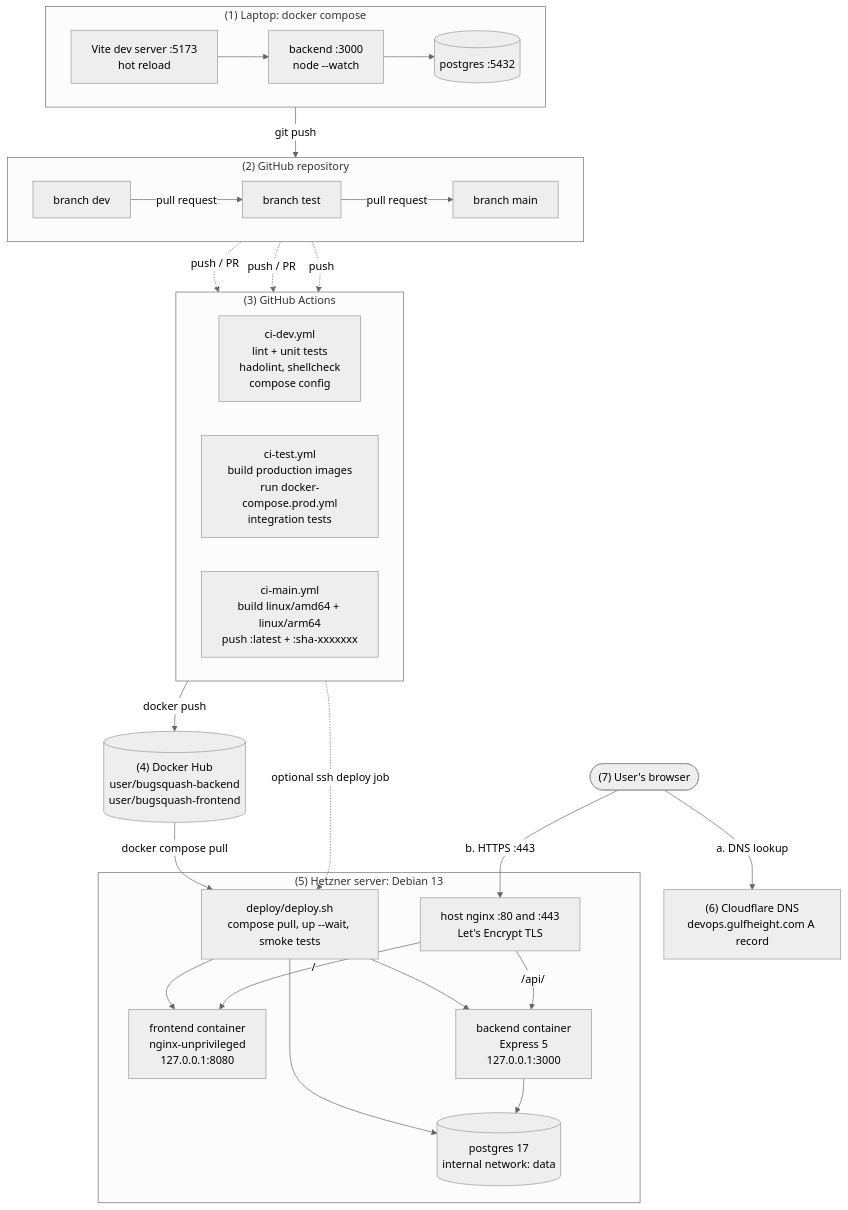
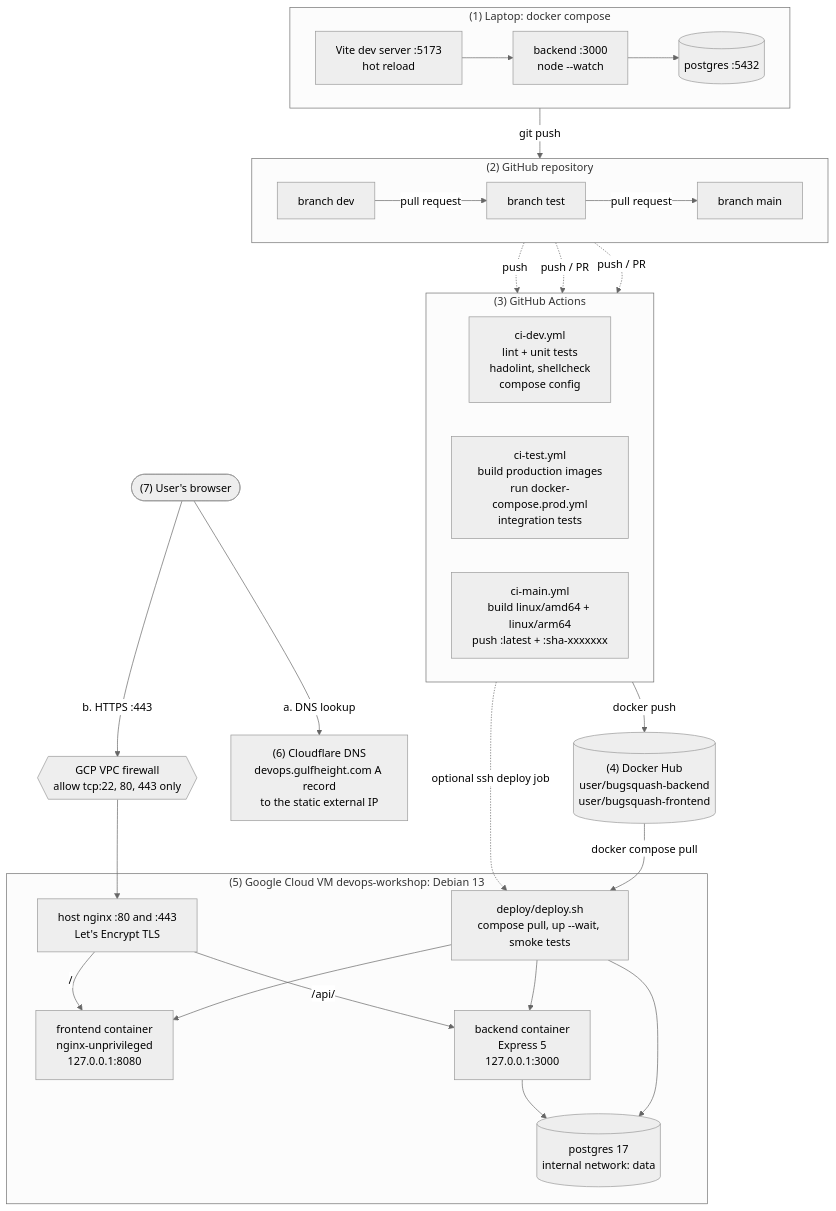
One commit to Ahmet-Kaplan/DevOps_course changed the first of 3 diagrams in README.md. Above: the diagram before and after it, drawn with Mermaid (neutral theme). The commit also changed other lines of this file and 1 other file, not shown here.

First line of the commit message:
docs: update README and lecture notes for Google Cloud

````diff
--- a/README.md
+++ b/README.md
@@ -111,46 +113,48 @@
 ```mermaid
 flowchart TB
     subgraph LAPTOP["(1) Laptop: docker compose"]
         direction LR
         VITE["Vite dev server :5173<br/>hot reload"] --> API_DEV["backend :3000<br/>node --watch"] --> PG_DEV[("postgres :5432")]
     end
 
     subgraph GITHUB["(2) GitHub repository"]
         direction LR
         DEV_BR["branch dev"] -->|"pull request"| TEST_BR["branch test"] -->|"pull request"| MAIN_BR["branch main"]
     end
 
     subgraph ACTIONS["(3) GitHub Actions"]
         direction LR
         CI_DEV["ci-dev.yml<br/>lint + unit tests<br/>hadolint, shellcheck<br/>compose config"]
         CI_TEST["ci-test.yml<br/>build production images<br/>run docker-compose.prod.yml<br/>integration tests"]
         CI_MAIN["ci-main.yml<br/>build linux/amd64 + linux/arm64<br/>push :latest + :sha-xxxxxxx"]
     end
 
     HUB[("(4) Docker Hub<br/>user/bugsquash-backend<br/>user/bugsquash-frontend")]
 
-    subgraph HETZNER["(5) Hetzner server: Debian 13"]
+    subgraph GCE["(5) Google Cloud VM devops-workshop: Debian 13"]
         DEPLOY["deploy/deploy.sh<br/>compose pull, up --wait, smoke tests"]
         NGINX["host nginx :80 and :443<br/>Let's Encrypt TLS"]
         FE["frontend container<br/>nginx-unprivileged<br/>127.0.0.1:8080"]
         BE["backend container<br/>Express 5<br/>127.0.0.1:3000"]
         DB[("postgres 17<br/>internal network: data")]
     end
 
-    CF["(6) Cloudflare DNS<br/>devops.gulfheight.com A record"]
+    CF["(6) Cloudflare DNS<br/>devops.gulfheight.com A record<br/>to the static external IP"]
     USER(["(7) User's browser"])
+    VPCFW{{"GCP VPC firewall<br/>allow tcp:22, 80, 443 only"}}
 
     LAPTOP -->|"git push"| DEV_BR
     DEV_BR -.->|"push / PR"| CI_DEV
     TEST_BR -.->|"push / PR"| CI_TEST
     MAIN_BR -.->|"push"| CI_MAIN
     CI_MAIN -->|"docker push"| HUB
     CI_MAIN -.->|"optional ssh deploy job"| DEPLOY
     HUB -->|"docker compose pull"| DEPLOY
     DEPLOY --> FE & BE & DB
     USER -->|"a. DNS lookup"| CF
-    USER -->|"b. HTTPS :443"| NGINX
+    USER -->|"b. HTTPS :443"| VPCFW
+    VPCFW --> NGINX
     NGINX -->|"/"| FE
     NGINX -->|"/api/"| BE
     BE --> DB
 ```
````
